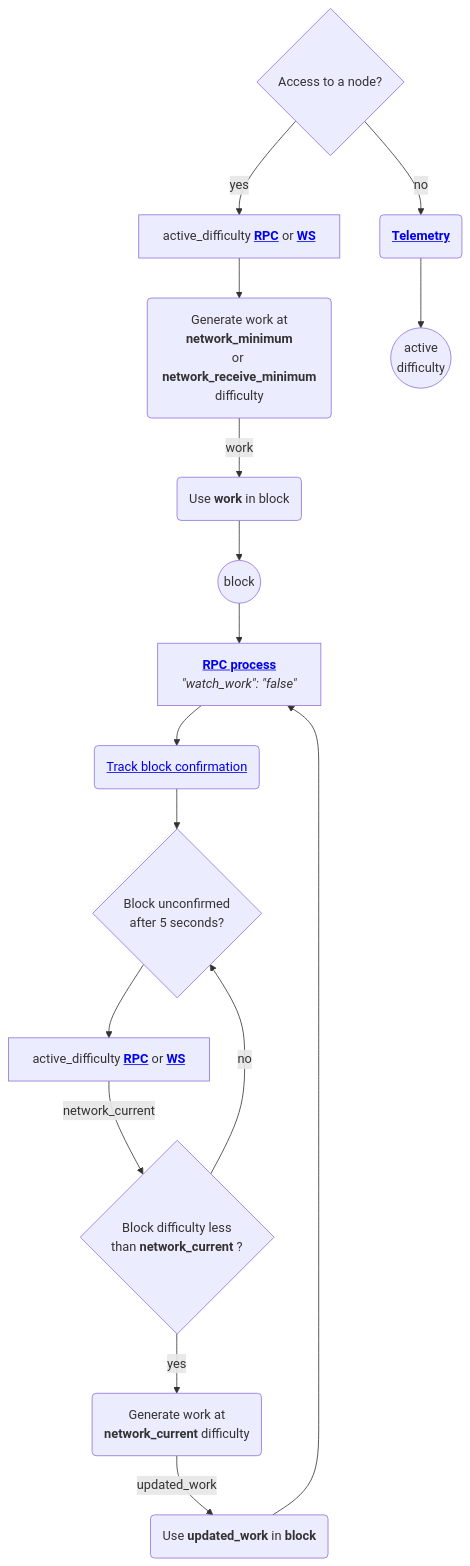
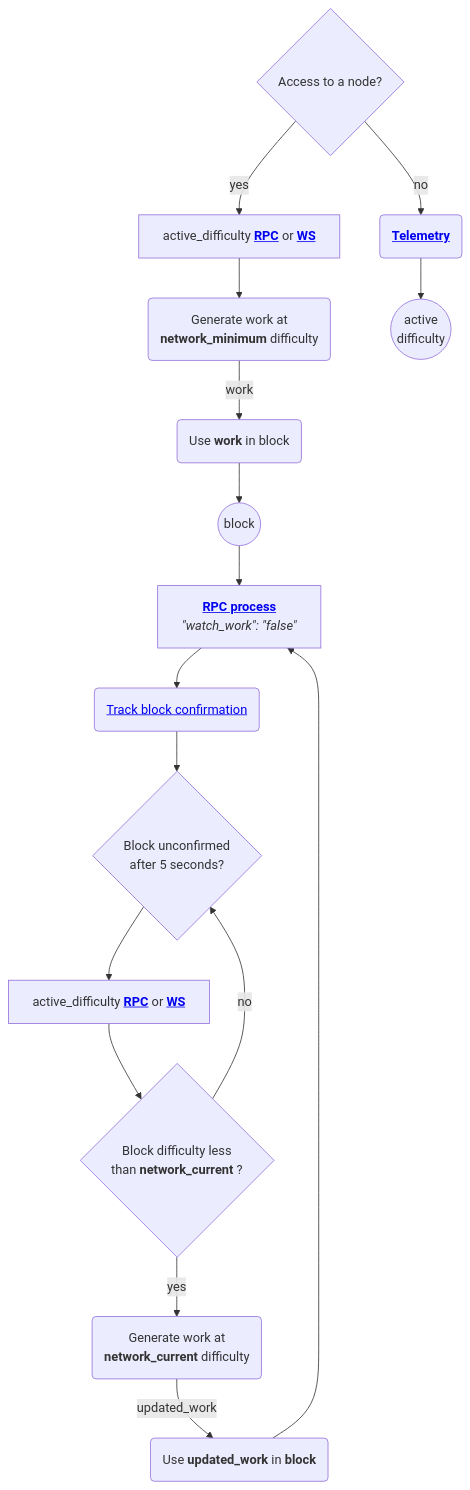
One commit to nanocurrency/nano-docs changed the second of 2 diagrams in docs/integration-guides/work-generation.md. Above: the diagram before and after it, drawn with Mermaid. The commit also changed other lines of this file and 2 other files, not shown here.

Commit message:
Add network_receive_current and simplify the work generation guide

````diff
--- a/docs/integration-guides/work-generation.md
+++ b/docs/integration-guides/work-generation.md
@@ -90,18 +93,18 @@
 ``` mermaid
 graph TD
     M{Access to a node?} -->|yes| N[active_difficulty <a href='/commands/rpc-protocol/#active_difficulty'><b>RPC</b></a> or <a href='/integration-guides/websockets/#active-difficulty'><b>WS</b></a>]
     M --> |no| O_1(<a href='/protocol-design/networking/#node-telemetry'><b>Telemetry</b></a>)
-    N -->P_1(Generate work at<br><b>network_minimum</b><br>or <b>network_receive_minimum</b><br>difficulty)
+    N -->P_1(Generate work at<br><b>network_minimum</b> difficulty)
     O_1 -->O_2((active<br>difficulty))
     P_1 -->|work| P_2(Use <b>work</b> in block)
     P_2 -->P_3((block))
     P_3 -->P_4[<a href='/commands/rpc-protocol/#process'><b>RPC process</b></a><br><i>&quotwatch_work&quot: &quotfalse&quot</i>]
     P_4 -->P_5(<a href='/integration-guides/block-confirmation-tracking/'>Track block confirmation</a>)
     P_5 -->P_6{Block unconfirmed<br>after 5 seconds?}
     P_6 -->P_7[active_difficulty <a href='/commands/rpc-protocol/#active_difficulty'><b>RPC</b></a> or <a href='/integration-guides/websockets/#active-difficulty'><b>WS</b></a>]
-    P_7 -->|network_current| P_8{Block difficulty less<br>than <b>network_current</b> ?}
+    P_7 -->P_8{Block difficulty less<br>than <b>network_current</b> ?}
     P_8 -->|yes| P_9(Generate work at<br><b>network_current</b> difficulty)
     P_8 -->|no| P_6
     P_9 -->|updated_work| P_10(Use <b>updated_work</b> in <b>block</b>)
     P_10 -->P_4
 ```
````
